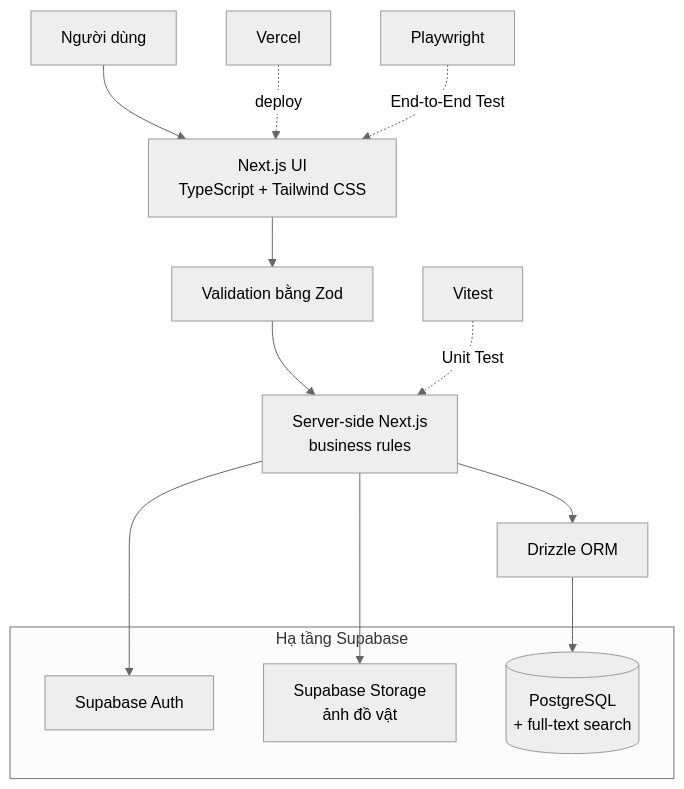
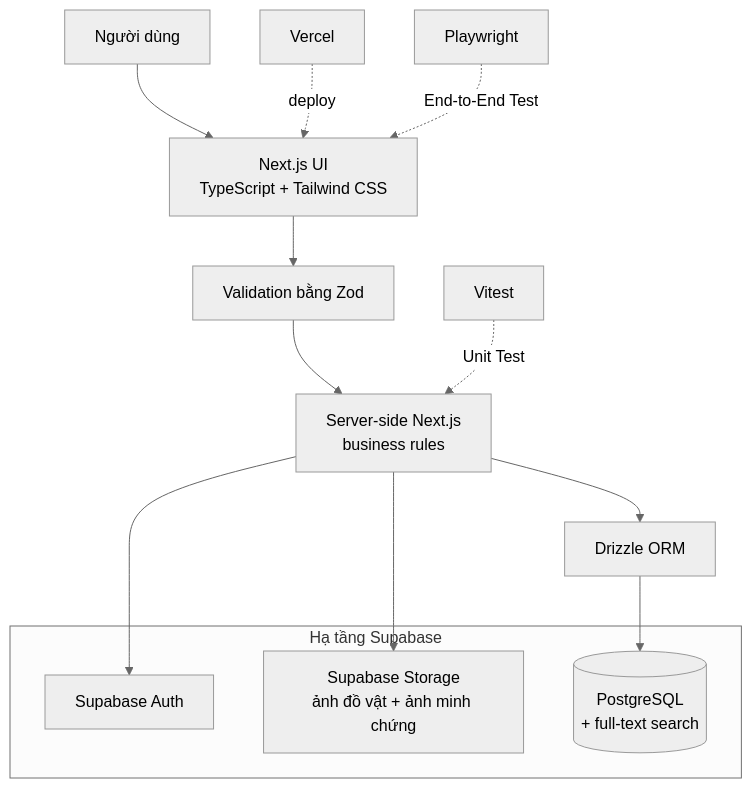
The diagram in docs/02_reports/03_development.md (JohnnyPhan1712/unifound), drawn with Mermaid (neutral theme) before and after one commit. The commit also changed other lines of this file and 7 other files, not shown here.

````diff
--- a/docs/02_reports/03_development.md
+++ b/docs/02_reports/03_development.md
@@ -27,20 +30,20 @@
 ```mermaid
 flowchart TD
     User[Người dùng] --> UI[Next.js UI<br/>TypeScript + Tailwind CSS]
     UI --> Zod[Validation bằng Zod]
     Zod --> Server[Server-side Next.js<br/>business rules]
     Server --> Auth[Supabase Auth]
     Server --> Drizzle[Drizzle ORM]
-    Server --> Storage[Supabase Storage<br/>ảnh đồ vật]
+    Server --> Storage[Supabase Storage<br/>ảnh đồ vật + ảnh minh chứng]
     Drizzle --> PG[(PostgreSQL<br/>+ full-text search)]
 
     subgraph Supabase[Hạ tầng Supabase]
         Auth
         PG
         Storage
     end
 
     Vercel[Vercel] -. deploy .-> UI
     Vitest[Vitest] -. Unit Test .-> Server
     Playwright[Playwright] -. End-to-End Test .-> UI
 ```
````
